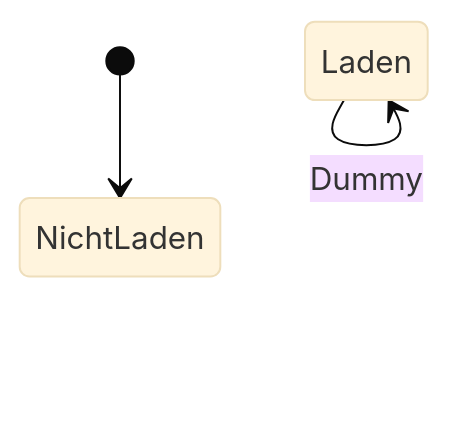
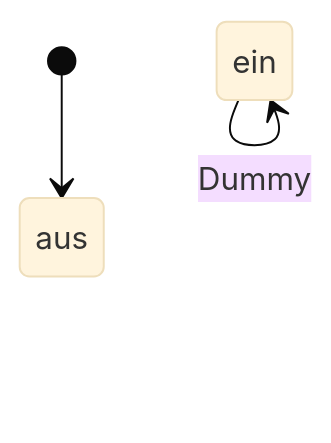
One commit to petermaerki/puenterswis_heizung_2023_git changed the diagram in steuerung_automatik/zero-software/doc/statemachine_HsmPumpe.md. Above: the diagram before and after it, drawn with Mermaid (base theme). The commit also changed 5 other files, not shown here.

````diff
--- a/steuerung_automatik/zero-software/doc/statemachine_HsmPumpe.md
+++ b/steuerung_automatik/zero-software/doc/statemachine_HsmPumpe.md
@@ -1,12 +1,12 @@
 ```mermaid
 stateDiagram-v2
-    Laden: Laden
-    state Laden
-    Laden --> Laden: Dummy
+    aus: aus
+    state aus
 
-    NichtLaden: NichtLaden
-    state NichtLaden
-    [*] --> NichtLaden
+    ein: ein
+    state ein
+    ein --> ein: Dummy
+    [*] --> aus
 
     %% Transitions
 ```
````
